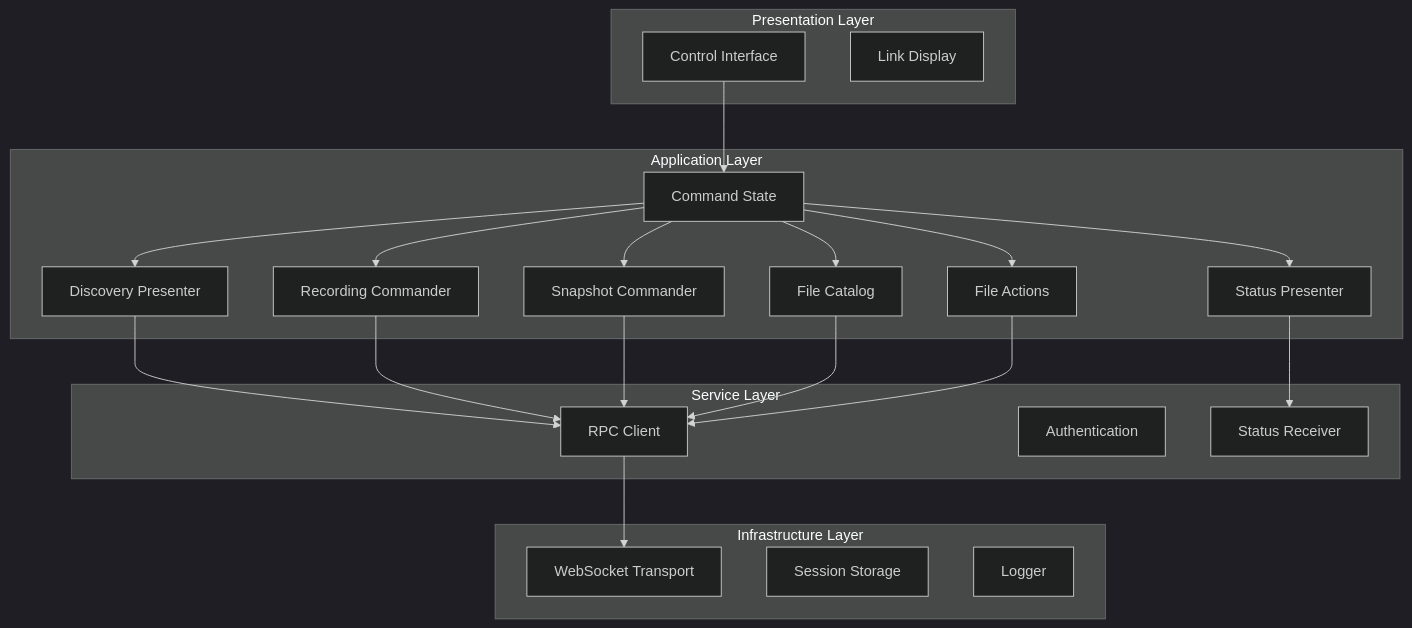
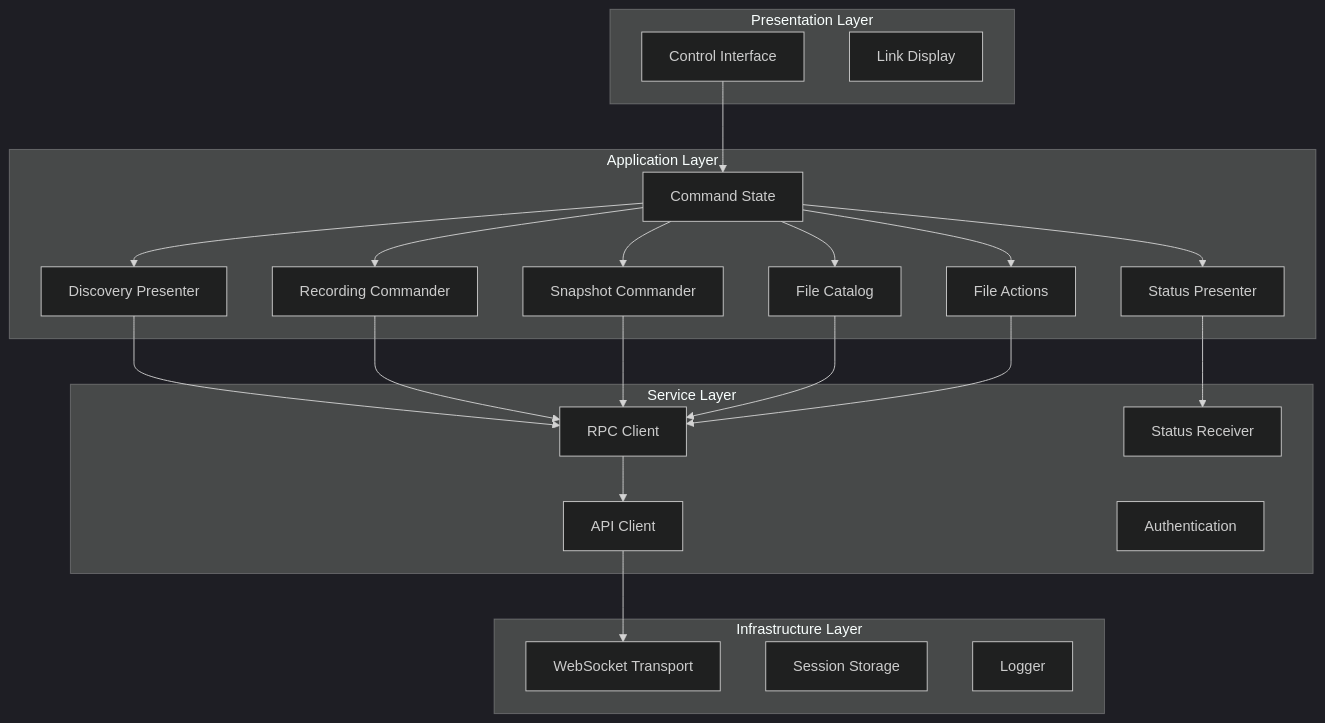
Before and after one commit to CarlosSprekelsen/CameraRecorder: the second of 10 diagrams in MediaMTX-Camera-Service-Client/client/docs/architecture/client-architechture.md, drawn with Mermaid (dark theme). The commit also changed other lines of this file and 14 other files, not shown here.

````diff
--- a/MediaMTX-Camera-Service-Client/client/docs/architecture/client-architechture.md
+++ b/MediaMTX-Camera-Service-Client/client/docs/architecture/client-architechture.md
@@ -154,44 +155,46 @@
 ```mermaid
 graph TD
     subgraph "Presentation Layer"
         UI[Control Interface]
         LINKS[Link Display]
     end
     
     subgraph "Application Layer"
         STATE[Command State]
         DISCOVERY[Discovery Presenter]
         RECORDING[Recording Commander]
         SNAPSHOT[Snapshot Commander]
         FILECAT[File Catalog]
         FILEACT[File Actions]
         STATUS[Status Presenter]
     end
     
     subgraph "Service Layer"
         RPC[RPC Client]
+        API[API Client]
         AUTH[Authentication]
         NOTIF[Status Receiver]
     end
     
     subgraph "Infrastructure Layer"
         WS[WebSocket Transport]
         SESSION[Session Storage]
         LOGGER[Logger]
     end
     
     UI --> STATE
     STATE --> DISCOVERY
     STATE --> RECORDING
     STATE --> SNAPSHOT
     STATE --> FILECAT
     STATE --> FILEACT
     STATE --> STATUS
     DISCOVERY --> RPC
     RECORDING --> RPC
     SNAPSHOT --> RPC
     FILECAT --> RPC
     FILEACT --> RPC
     STATUS --> NOTIF
-    RPC --> WS
+    RPC --> API
+    API --> WS
 ```
````
